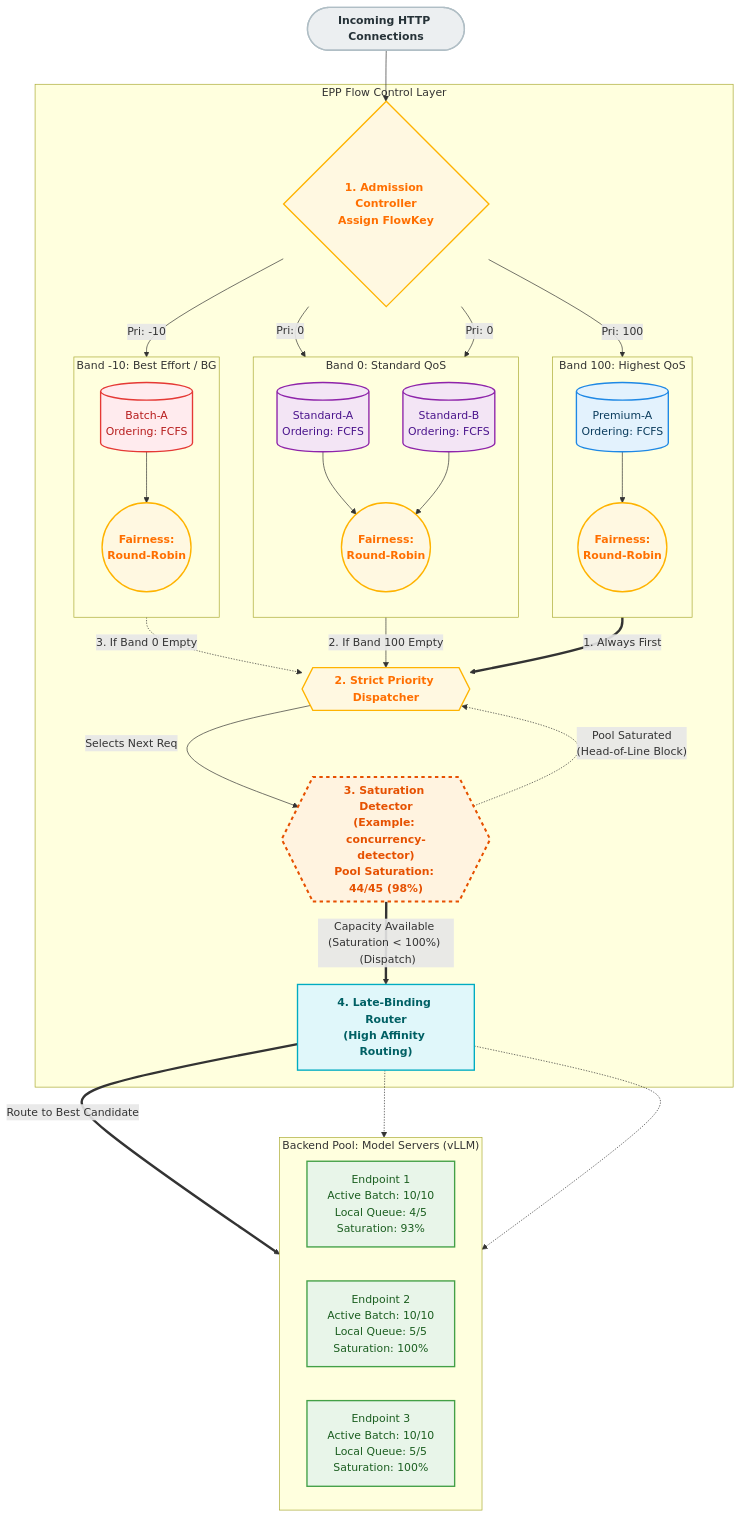
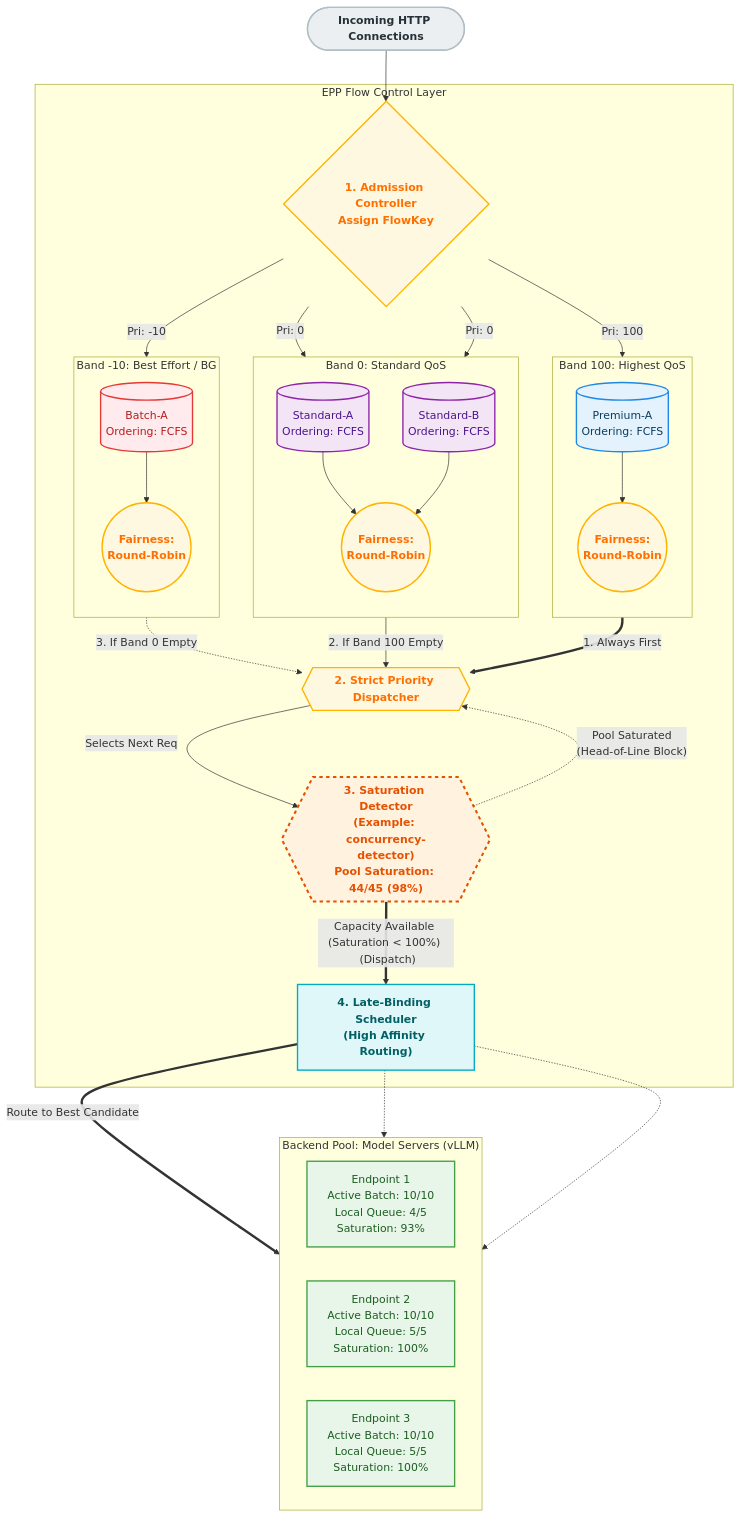
The first of 3 diagrams in docs/wip-docs-new/architecture/core/router/epp/flow-control.md (ahg-g/llm-d), drawn with Mermaid before and after one commit. The commit also changed other lines of this file and 18 other files, not shown here.

````diff
--- a/docs/wip-docs-new/architecture/core/router/epp/flow-control.md
+++ b/docs/wip-docs-new/architecture/core/router/epp/flow-control.md
@@ -79,76 +79,76 @@
 ```mermaid
 flowchart TD
     %% Custom Styles
     classDef client fill:#eceff1,stroke:#b0bec5,stroke-width:2px,color:#263238,font-weight:bold
     classDef premium fill:#e3f2fd,stroke:#1e88e5,stroke-width:2px,color:#0b3c5d
     classDef standard fill:#f3e5f5,stroke:#8e24aa,stroke-width:2px,color:#4a148c
     classDef batch fill:#ffebee,stroke:#e53935,stroke-width:2px,color:#b71c1c
     classDef logic fill:#fff8e1,stroke:#ffb300,stroke-width:2px,color:#ff6f00,font-weight:bold
     classDef gate fill:#fff3e0,stroke:#e65100,stroke-width:3px,color:#e65100,font-weight:bold,stroke-dasharray: 5 5
     classDef endpoint fill:#e8f5e9,stroke:#43a047,stroke-width:2px,color:#1b5e20
-    classDef router fill:#e0f7fa,stroke:#00acc1,stroke-width:2px,color:#006064,font-weight:bold
+    classDef scheduler fill:#e0f7fa,stroke:#00acc1,stroke-width:2px,color:#006064,font-weight:bold
 
     Client(["Incoming HTTP Connections"]):::client --> AdmissionController
 
     subgraph EPP["EPP Flow Control Layer"]
         AdmissionController{"1. Admission Controller<br>Assign FlowKey"}:::logic
 
         subgraph B100["Band 100: Highest QoS"]
             direction TB
             Q1[("Premium-A<br>Ordering: FCFS")]:::premium
             F1(("Fairness:<br>Round-Robin")):::logic
             Q1 --> F1
         end
 
         subgraph B0["Band 0: Standard QoS"]
             direction TB
             Q2[("Standard-A<br>Ordering: FCFS")]:::standard
             Q3[("Standard-B<br>Ordering: FCFS")]:::standard
             F0(("Fairness:<br>Round-Robin")):::logic
             Q2 --> F0
             Q3 --> F0
         end
 
         subgraph BM10["Band -10: Best Effort / BG"]
             direction TB
             Q4[("Batch-A<br>Ordering: FCFS")]:::batch
             FM1(("Fairness:<br>Round-Robin")):::logic
             Q4 --> FM1
         end
 
         %% Routing
         AdmissionController -->|"Pri: 100"| Q1
         AdmissionController -->|"Pri: 0"| Q2
         AdmissionController -->|"Pri: 0"| Q3
         AdmissionController -->|"Pri: -10"| Q4
 
         %% Dispatcher
         Disp{{"2. Strict Priority Dispatcher"}}:::logic
 
         F1 == "1. Always First" ==> Disp
         F0 -- "2. If Band 100 Empty" --> Disp
         FM1 -. "3. If Band 0 Empty" .-> Disp
 
         %% Gatekeeper
         Gate{{"3. Saturation Detector<br>(Example: concurrency-detector)<br>Pool Saturation: 44/45 (98%)"}}:::gate
 
         Disp -->|"Selects Next Req"| Gate
 
         %% Explicit label syntax forces a clean loopback curve
         Gate -.->|"Pool Saturated<br>(Head-of-Line Block)"| Disp
 
-        Sched["4. Late-Binding Router<br>(High Affinity Routing)"]:::router
+        Sched["4. Late-Binding Scheduler<br>(High Affinity Routing)"]:::scheduler
         Gate == "Capacity Available (Saturation < 100%) <br> (Dispatch)" ==> Sched
     end
 
     subgraph Backend ["Backend Pool: Model Servers (vLLM)"]
         direction LR
         P1["Endpoint 1<br>Active Batch: 10/10<br>Local Queue: 4/5<br>Saturation: 93%"]:::endpoint
         P2["Endpoint 2<br>Active Batch: 10/10<br>Local Queue: 5/5<br>Saturation: 100%"]:::endpoint
         P3["Endpoint 3<br>Active Batch: 10/10<br>Local Queue: 5/5<br>Saturation: 100%"]:::endpoint
     end
 
     Sched == "Route to Best Candidate" ==> P1
     Sched -.-> P2
     Sched -.-> P3
 ```
````
